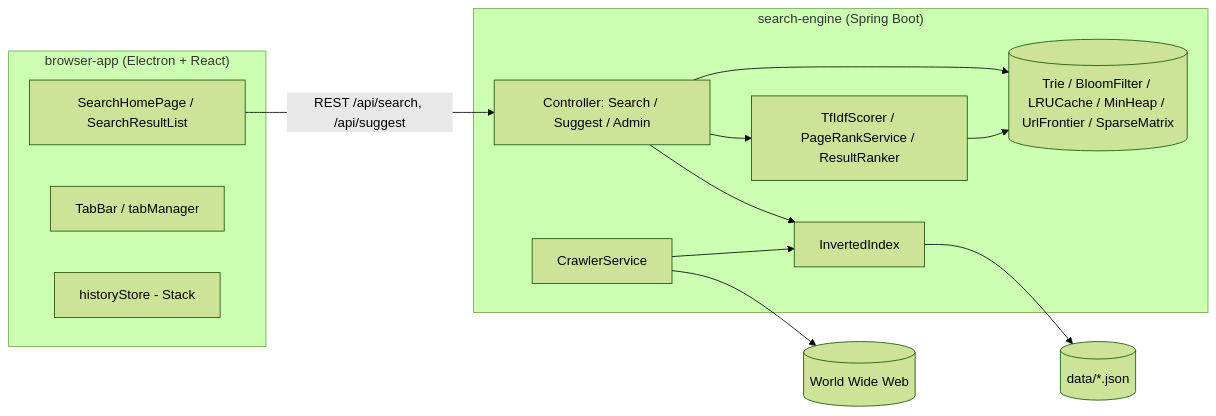
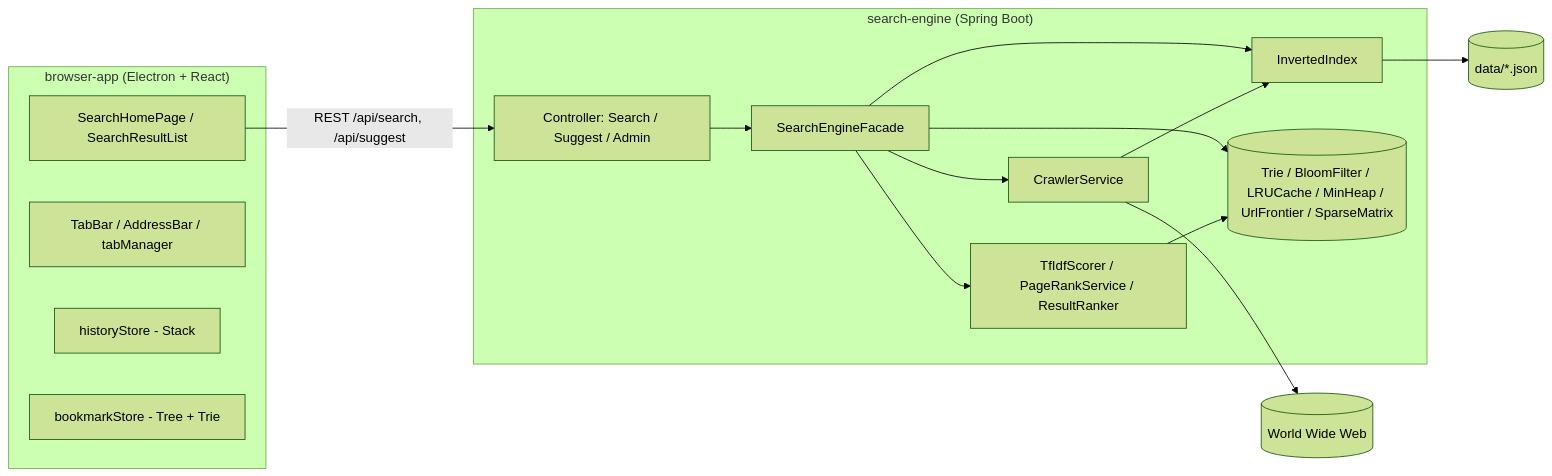
Before and after one commit to KietAnhCS/CocCoc-Plus: the first of 2 diagrams in docs/ARCHITECTURE.md, drawn with Mermaid (forest theme). The commit also changed other lines of this file and 5 other files, not shown here.

````diff
--- a/docs/ARCHITECTURE.md
+++ b/docs/ARCHITECTURE.md
@@ -8,28 +5,32 @@
 ```mermaid
 flowchart LR
     subgraph Electron["browser-app (Electron + React)"]
         UI[SearchHomePage / SearchResultList]
-        Tabs[TabBar / tabManager]
+        Tabs[TabBar / AddressBar / tabManager]
         Hist[historyStore - Stack]
+        Bkm[bookmarkStore - Tree + Trie]
     end
 
     subgraph Backend["search-engine (Spring Boot)"]
         Ctl[Controller: Search / Suggest / Admin]
+        Facade[SearchEngineFacade]
         Crawl[CrawlerService]
         Idx[InvertedIndex]
         Rank[TfIdfScorer / PageRankService / ResultRanker]
         DS[(Trie / BloomFilter / LRUCache / MinHeap / UrlFrontier / SparseMatrix)]
     end
 
     Web[(World Wide Web)]
     Data[(data/*.json)]
 
     UI -->|REST /api/search, /api/suggest| Ctl
-    Ctl --> Idx
-    Ctl --> Rank
-    Ctl --> DS
+    Ctl --> Facade
+    Facade --> Idx
+    Facade --> Rank
+    Facade --> DS
     Crawl --> Web
+    Facade --> Crawl
     Crawl --> Idx
     Idx --> Data
     Rank --> DS
 ```
````
